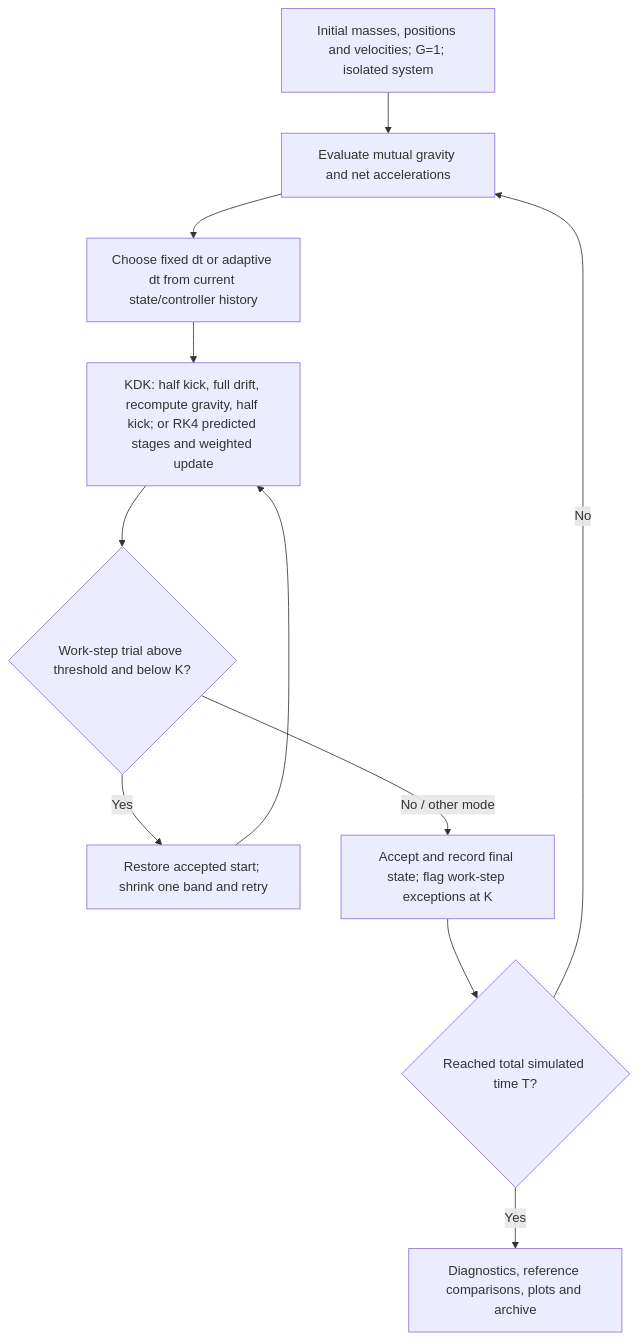
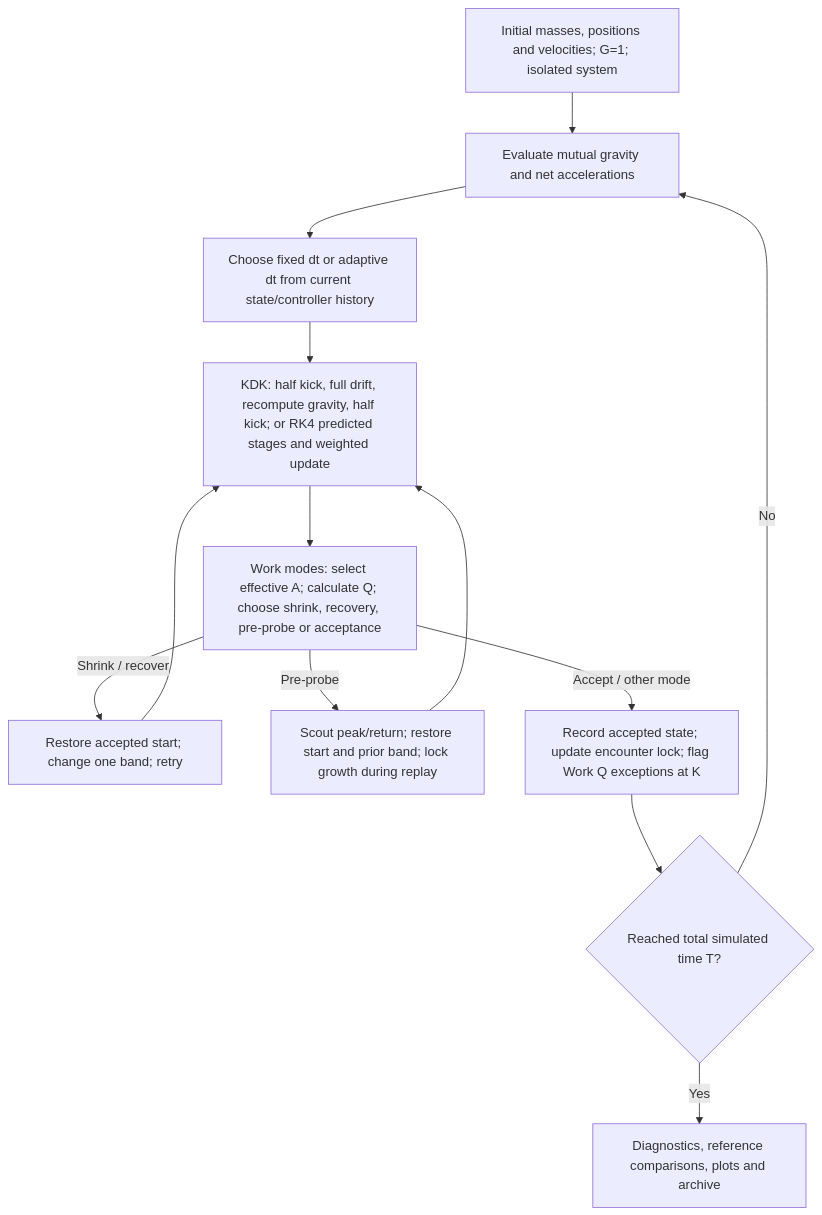
The diagram in README.md (Charlie-Zhao-666/N-Body-Simulation), drawn with Mermaid before and after one commit. The commit also changed other lines of this file and 4 other files, not shown here.

First line of the commit message:
Publish Work scale variants and encounter pre-probe

````diff
--- a/README.md
+++ b/README.md
@@ -184,13 +207,15 @@
 ```mermaid
 flowchart TD
     A["Initial masses, positions and velocities; G=1; isolated system"] --> B["Evaluate mutual gravity and net accelerations"]
     B --> C["Choose fixed dt or adaptive dt from current state/controller history"]
     C --> D["KDK: half kick, full drift, recompute gravity, half kick; or RK4 predicted stages and weighted update"]
-    D --> H{"Work-step trial above threshold and below K?"}
-    H -- Yes --> I["Restore accepted start; shrink one band and retry"]
+    D --> H["Work modes: select effective A; calculate Q; choose shrink, recovery, pre-probe or acceptance"]
+    H -- "Shrink / recover" --> I["Restore accepted start; change one band; retry"]
     I --> D
-    H -- "No / other mode" --> E["Accept and record final state; flag work-step exceptions at K"]
+    H -- "Pre-probe" --> J["Scout peak/return; restore start and prior band; lock growth during replay"]
+    J --> D
+    H -- "Accept / other mode" --> E["Record accepted state; update encounter lock; flag Work Q exceptions at K"]
     E --> F{"Reached total simulated time T?"}
     F -- No --> B
     F -- Yes --> G["Diagnostics, reference comparisons, plots and archive"]
 ```
````
